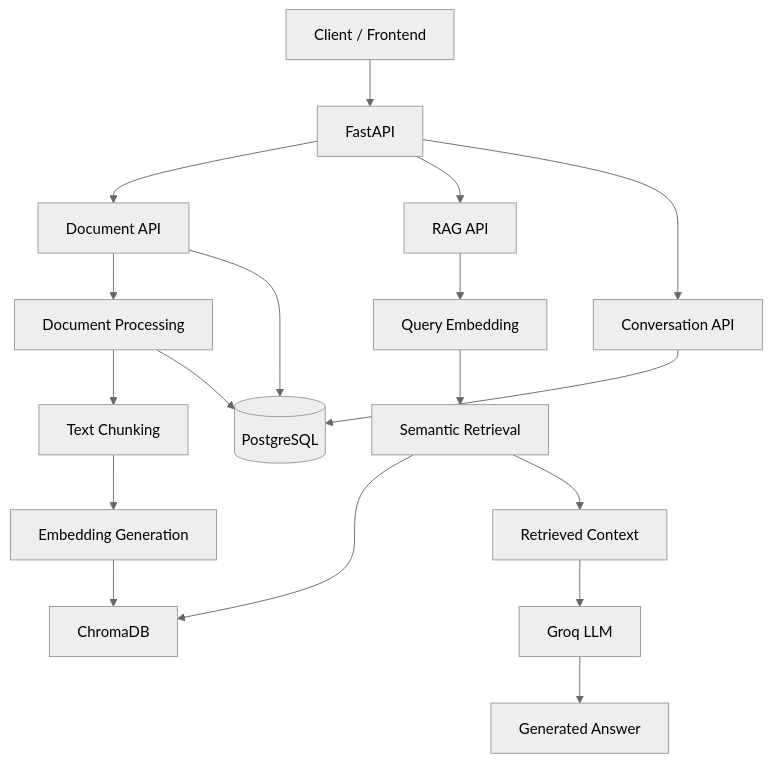
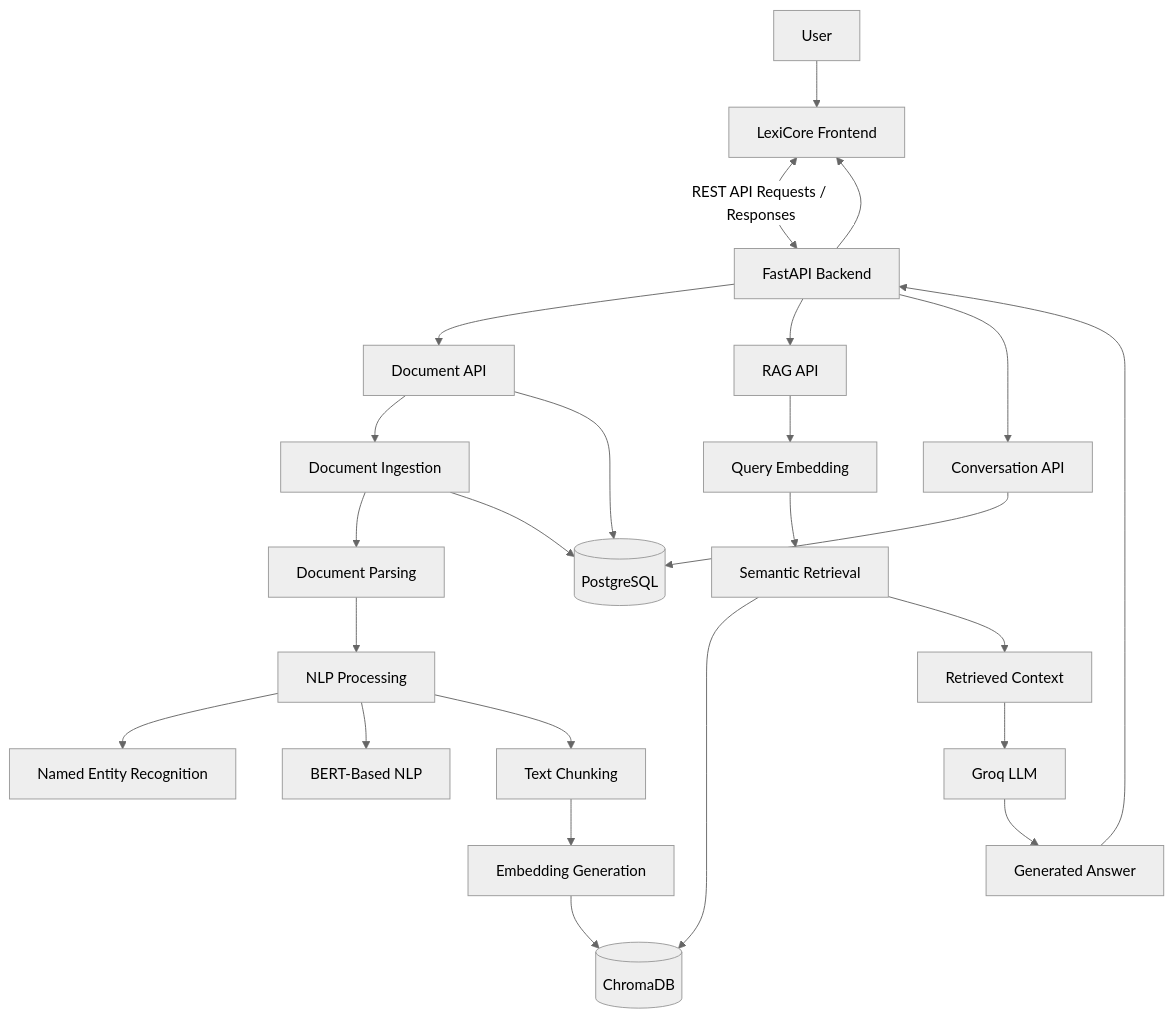
The diagram in README.md (ismail-ashraf/Lexi-Core), drawn with Mermaid (neutral theme) before and after one commit. The commit also changed other lines of this file, not shown here.

````diff
--- a/README.md
+++ b/README.md
@@ -29,23 +86,34 @@
 ```mermaid
 flowchart TD
-    A[Client / Frontend] --> B[FastAPI]
-    B --> C[Document API]
-    B --> D[RAG API]
-    B --> E[Conversation API]
+    U[User] --> FE[LexiCore Frontend]
+    FE <-->|REST API Requests / Responses| API[FastAPI Backend]
 
-    C --> F[Document Processing]
-    F --> G[Text Chunking]
-    G --> H[Embedding Generation]
-    H --> I[ChromaDB]
+    API --> DOC[Document API]
+    API --> RAG[RAG API]
+    API --> CONV[Conversation API]
 
-    D --> J[Query Embedding]
-    J --> K[Semantic Retrieval]
-    K --> I
-    K --> L[Retrieved Context]
-    L --> M[Groq LLM]
-    M --> N[Generated Answer]
+    DOC --> ING[Document Ingestion]
+    ING --> PARSE[Document Parsing]
+    PARSE --> NLP[NLP Processing]
 
-    C --> O[(PostgreSQL)]
-    E --> O
-    F --> O
+    NLP --> NER[Named Entity Recognition]
+    NLP --> BERT[BERT-Based NLP]
+    NLP --> CHUNK[Text Chunking]
+
+    CHUNK --> EMB[Embedding Generation]
+    EMB --> VDB[(ChromaDB)]
+
+    RAG --> QE[Query Embedding]
+    QE --> RET[Semantic Retrieval]
+    RET --> VDB
+    RET --> CTX[Retrieved Context]
+    CTX --> LLM[Groq LLM]
+    LLM --> ANS[Generated Answer]
+
+    DOC --> DB[(PostgreSQL)]
+    CONV --> DB
+    ING --> DB
+
+    ANS --> API
+    API --> FE
 ```
````
